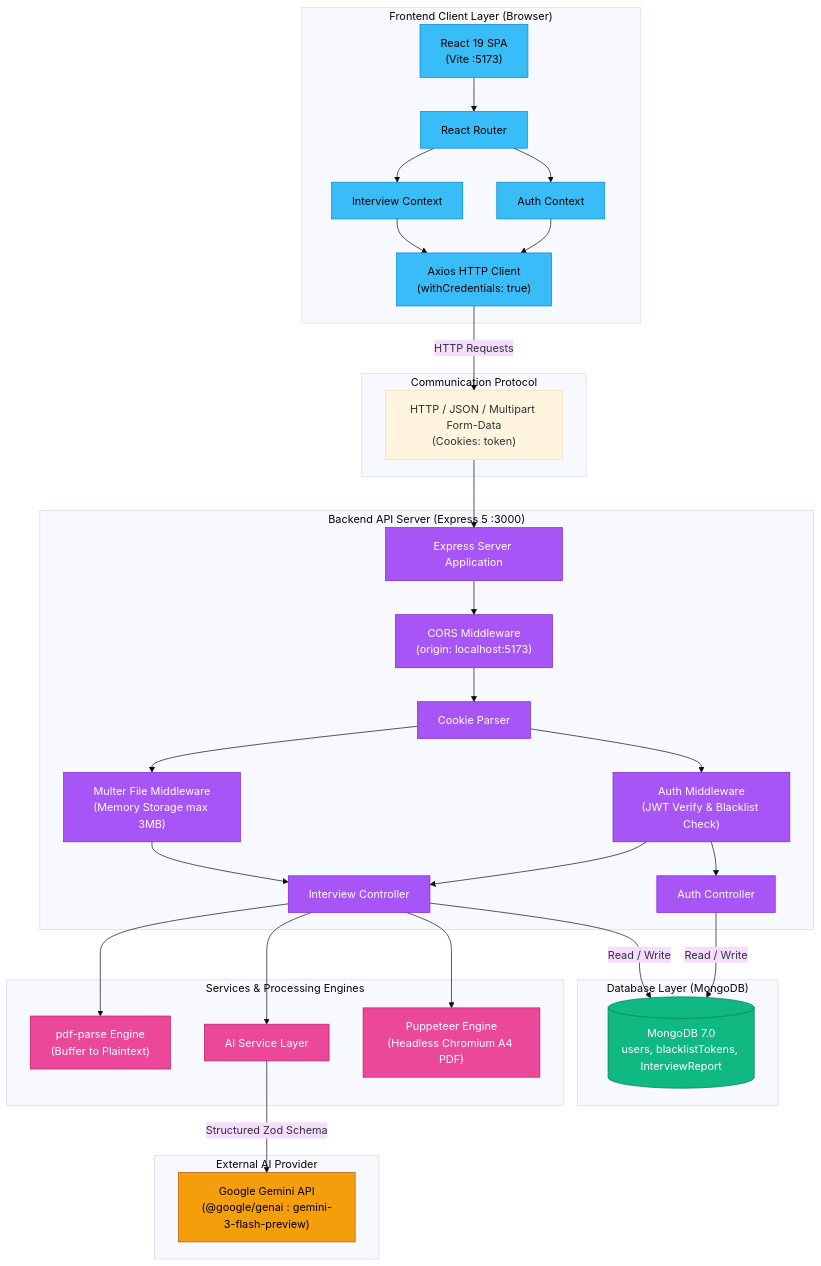
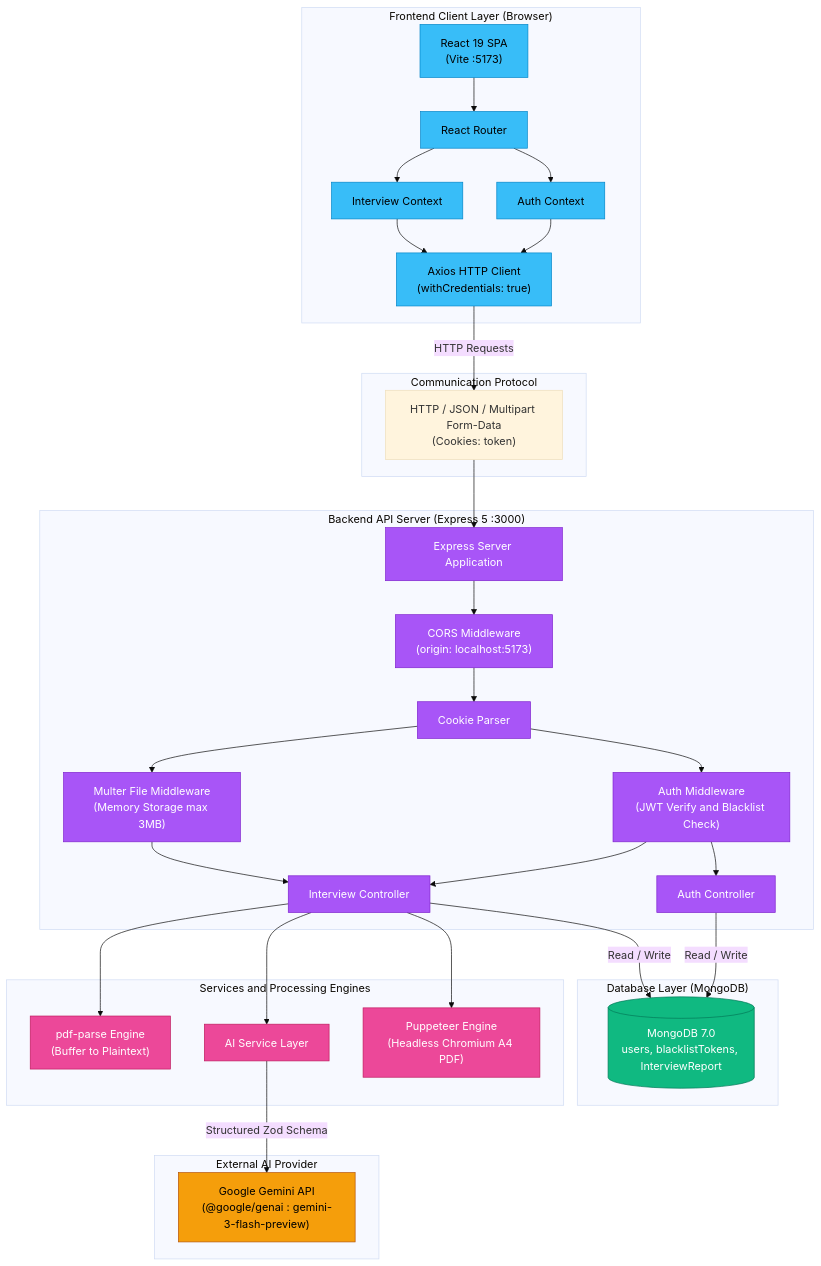
Before and after one commit to Shivam-S-Ramoliya/Gen-AI-Project: the first of 3 diagrams in Documents/system_architecture_overview.md, drawn with Mermaid (base theme). The commit also changed other lines of this file and 4 other files, not shown here.

Commit message:
fix(docs): resolve Mermaid syntax and character escaping in sequence diagrams

````diff
--- a/Documents/system_architecture_overview.md
+++ b/Documents/system_architecture_overview.md
@@ -9,77 +9,77 @@
 ```mermaid
 graph TB
     subgraph ClientLayer["Frontend Client Layer (Browser)"]
         SPA["React 19 SPA<br/>(Vite :5173)"]
         ROUTER["React Router"]
         AUTH_CTX["Auth Context"]
         INT_CTX["Interview Context"]
         AXIOS["Axios HTTP Client<br/>(withCredentials: true)"]
 
         SPA --> ROUTER
         ROUTER --> AUTH_CTX
         ROUTER --> INT_CTX
         AUTH_CTX --> AXIOS
         INT_CTX --> AXIOS
     end
 
     subgraph Network["Communication Protocol"]
         HTTP["HTTP / JSON / Multipart Form-Data<br/>(Cookies: token)"]
     end
 
     subgraph ServerLayer["Backend API Server (Express 5 :3000)"]
         APP["Express Server Application"]
         CORS["CORS Middleware<br/>(origin: localhost:5173)"]
         COOKIE["Cookie Parser"]
-        AUTH_MW["Auth Middleware<br/>(JWT Verify & Blacklist Check)"]
+        AUTH_MW["Auth Middleware<br/>(JWT Verify and Blacklist Check)"]
         FILE_MW["Multer File Middleware<br/>(Memory Storage max 3MB)"]
 
         AUTH_CTRL["Auth Controller"]
         INT_CTRL["Interview Controller"]
 
         APP --> CORS
         CORS --> COOKIE
         COOKIE --> AUTH_MW
         COOKIE --> FILE_MW
 
         AUTH_MW --> AUTH_CTRL
         AUTH_MW --> INT_CTRL
         FILE_MW --> INT_CTRL
     end
 
     subgraph PersistenceLayer["Database Layer (MongoDB)"]
         MONGO[("MongoDB 7.0<br/>users, blacklistTokens, InterviewReport")]
     end
 
-    subgraph ServiceLayer["Services & Processing Engines"]
+    subgraph ServiceLayer["Services and Processing Engines"]
         PDF_PARSE["pdf-parse Engine<br/>(Buffer to Plaintext)"]
         AI_SVC["AI Service Layer"]
         PUPPETEER["Puppeteer Engine<br/>(Headless Chromium A4 PDF)"]
 
         INT_CTRL --> PDF_PARSE
         INT_CTRL --> AI_SVC
         INT_CTRL --> PUPPETEER
     end
 
     subgraph CloudLayer["External AI Provider"]
         GEMINI["Google Gemini API<br/>(@google/genai : gemini-3-flash-preview)"]
         AI_SVC -->|Structured Zod Schema| GEMINI
     end
 
     AXIOS -->|HTTP Requests| HTTP
     HTTP --> APP
 
     AUTH_CTRL -->|Read / Write| MONGO
     INT_CTRL -->|Read / Write| MONGO
 
     classDef client fill:#38bdf8,stroke:#0284c7,color:#000
     classDef server fill:#a855f7,stroke:#7e22ce,color:#fff
     classDef data fill:#10b981,stroke:#047857,color:#fff
     classDef external fill:#f59e0b,stroke:#b45309,color:#000
     classDef service fill:#ec4899,stroke:#be185d,color:#fff
 
     class SPA,ROUTER,AUTH_CTX,INT_CTX,AXIOS client
     class APP,CORS,COOKIE,AUTH_MW,FILE_MW,AUTH_CTRL,INT_CTRL server
     class MONGO data
     class GEMINI external
     class PDF_PARSE,AI_SVC,PUPPETEER service
 ```
````
